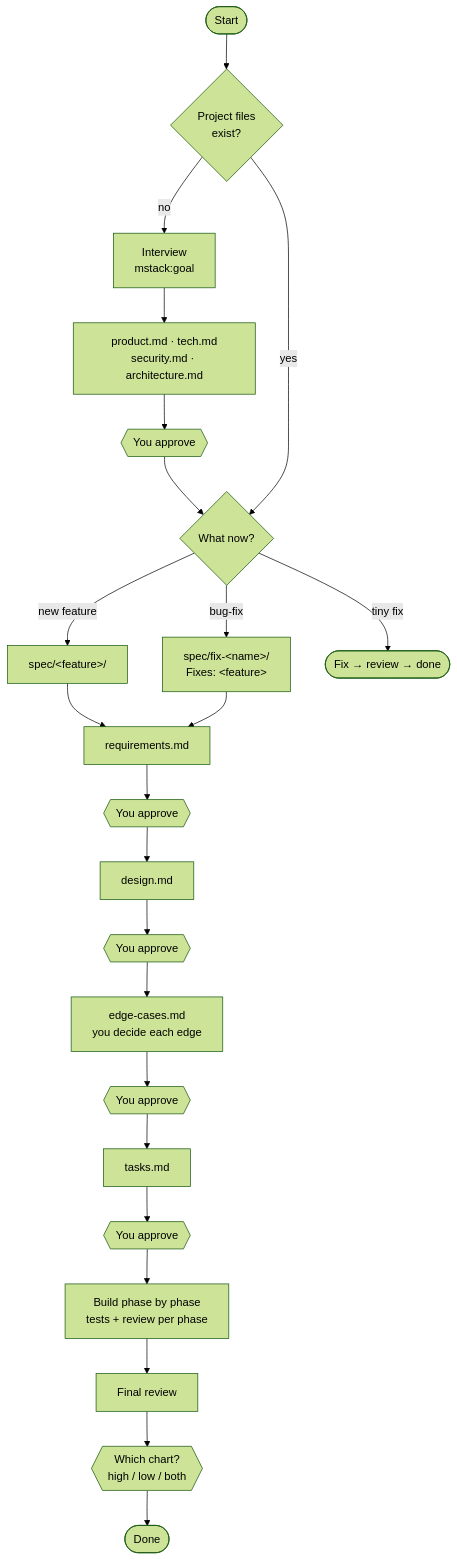
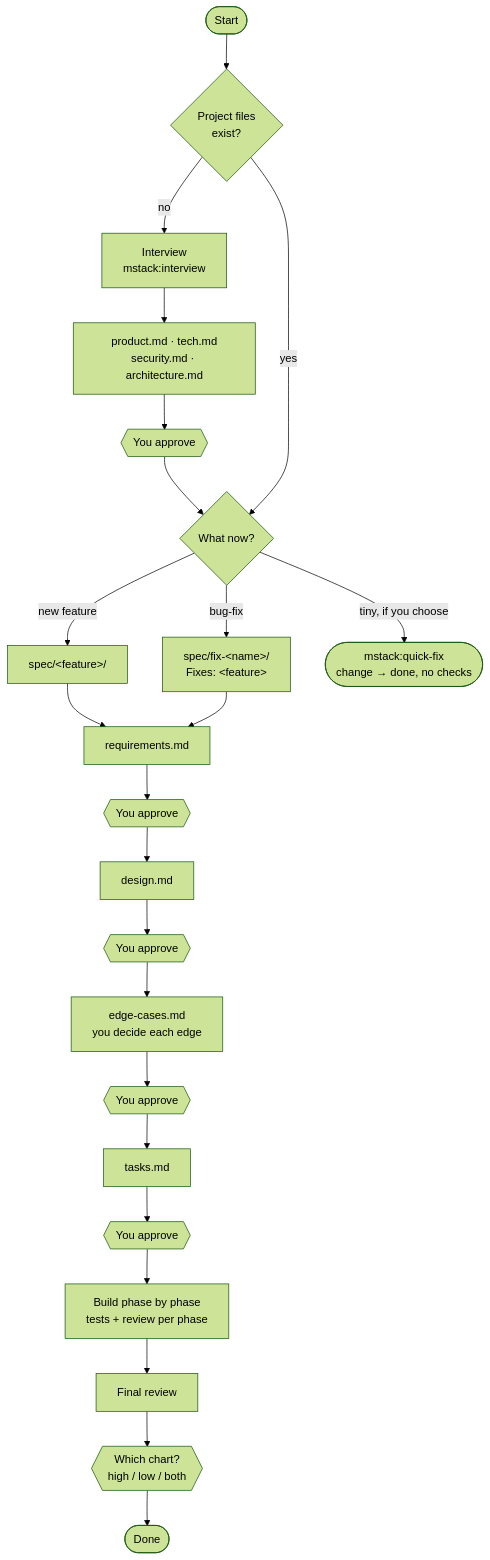
Before and after one commit to mahirhacks/mstack: the diagram in README.md, drawn with Mermaid (forest theme). The commit also changed other lines of this file and 12 other files, not shown here.

First line of the commit message:
mstack 2.2.0: rename goal→interview, mode→full; add quick-fix

````diff
--- a/README.md
+++ b/README.md
@@ -115,24 +116,24 @@
 ```mermaid
 flowchart TD
     START([Start]) --> HAS{Project files<br/>exist?}
-    HAS -- no --> INT[Interview<br/>mstack:goal]
+    HAS -- no --> INT[Interview<br/>mstack:interview]
     INT --> FILES[product.md · tech.md<br/>security.md · architecture.md]
     FILES --> GS{{You approve}}
     GS --> WHAT
     HAS -- yes --> WHAT{What now?}
 
     WHAT -- new feature --> F[spec/&lt;feature&gt;/]
     WHAT -- bug-fix --> B[spec/fix-&lt;name&gt;/<br/>Fixes: &lt;feature&gt;]
-    WHAT -- tiny fix --> TINY([Fix → review → done])
+    WHAT -- tiny, if you choose --> TINY([mstack:quick-fix<br/>change → done, no checks])
 
     F --> REQ
     B --> REQ
     REQ[requirements.md] --> G1{{You approve}}
     G1 --> DES[design.md] --> G2{{You approve}}
     G2 --> EDGE[edge-cases.md<br/>you decide each edge] --> G3{{You approve}}
     G3 --> TASK[tasks.md] --> G4{{You approve}}
     G4 --> BUILD[Build phase by phase<br/>tests + review per phase]
     BUILD --> FINAL[Final review]
     FINAL --> CH{{Which chart?<br/>high / low / both}}
     CH --> DONE([Done])
 ```
````
